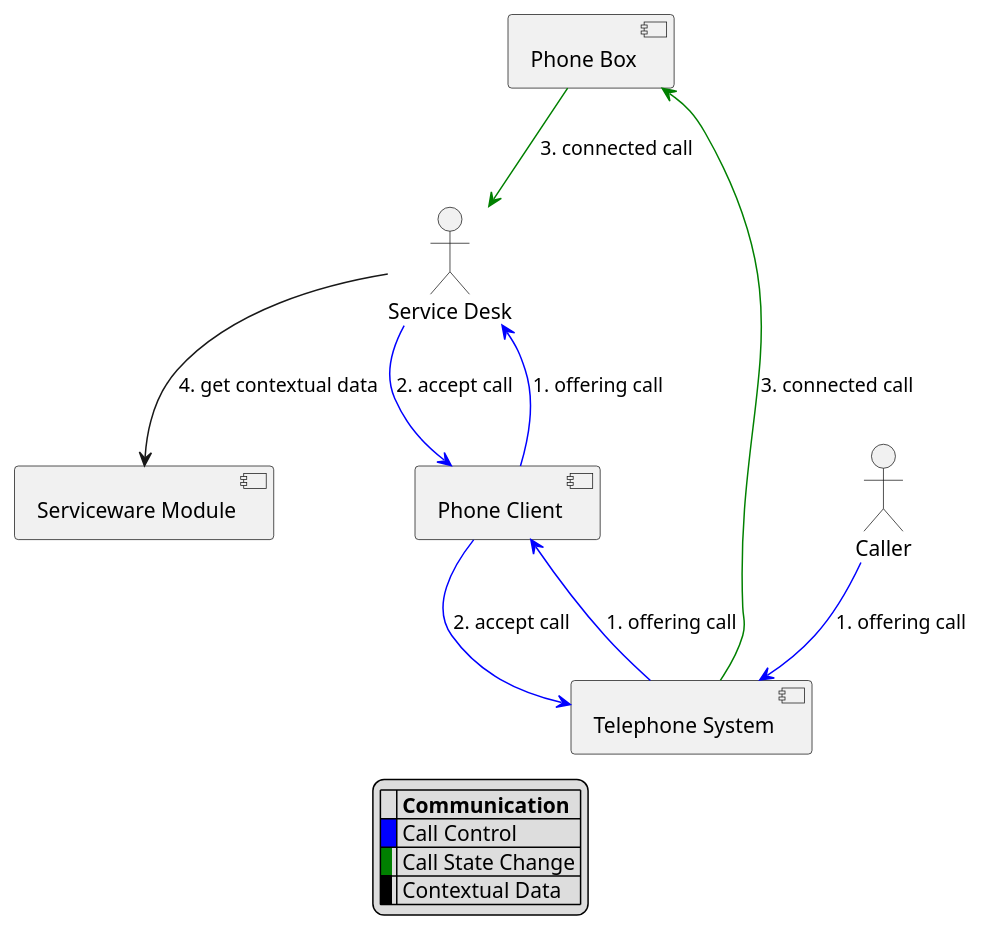
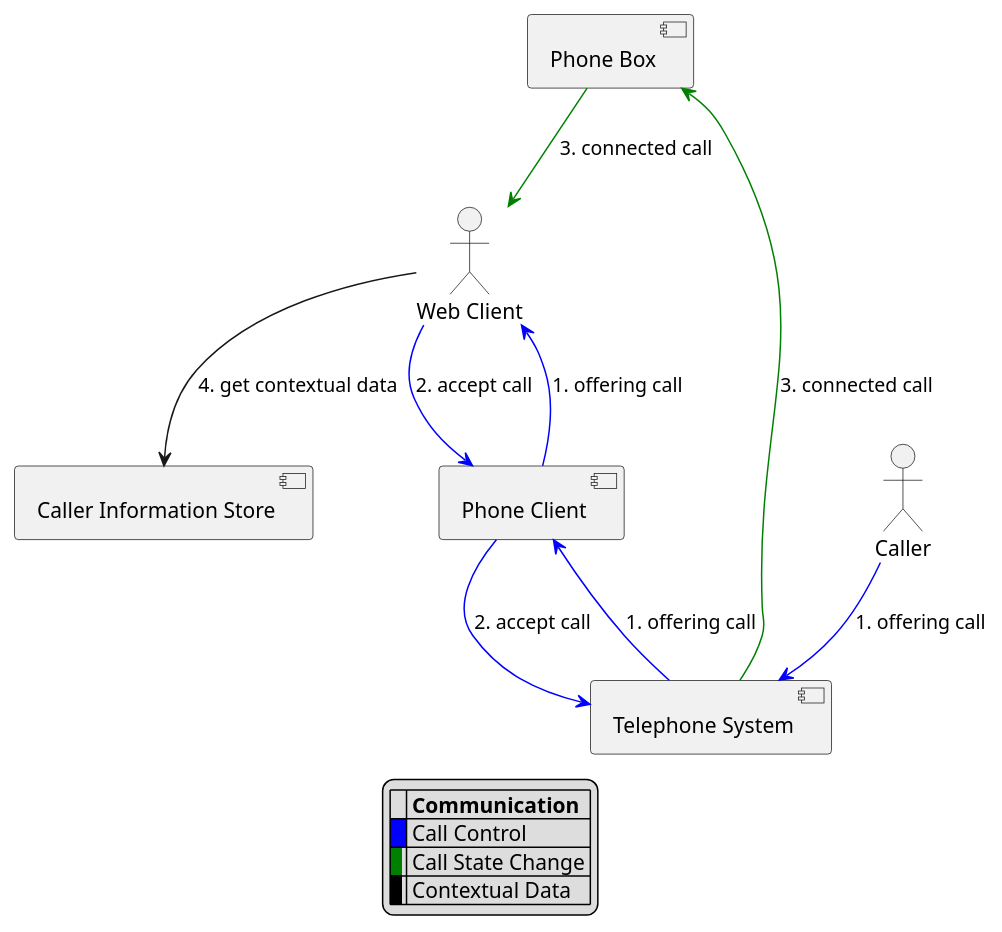
The diagram in docs/Incoming Call Overview.puml (Serviceware/PhoneBox), drawn with PlantUML before and after one commit. The commit also changed 3 other files, not shown here.

Commit message:
chart phone system integration

```diff
--- a/docs/Incoming Call Overview.puml
+++ b/docs/Incoming Call Overview.puml
@@ -2,30 +2,30 @@
 @startuml Incoming Call Overview
 
 [Phone Box] As Pb
-[Serviceware Module] AS module
+[Caller Information Store] AS module
 [Telephone System] AS TK
 
 actor "Caller" AS Caller
-actor "Service Desk" AS SD
+actor "Web Client" AS SD
 [Phone Client] AS PC
 
 
 Caller -[#blue]-> TK :1. offering call
 TK -[#blue]-> PC     :1. offering call
 PC -[#blue]-> SD     :1. offering call
 SD -[#blue]-> PC     :2. accept call
 PC -[#blue]-> TK     :2. accept call
 TK -[#green]-> Pb    :3. connected call
 Pb -[#green]-> SD    :3. connected call
 SD --> module        :4. get contextual data
 
 
 legend
 |= |= Communication |
 |<back:blue>   </back>| Call Control |
 |<back:green>  </back>| Call State Change |
 |<back:black>  </back>| Contextual Data |
 endlegend
 
 
 @enduml
```
